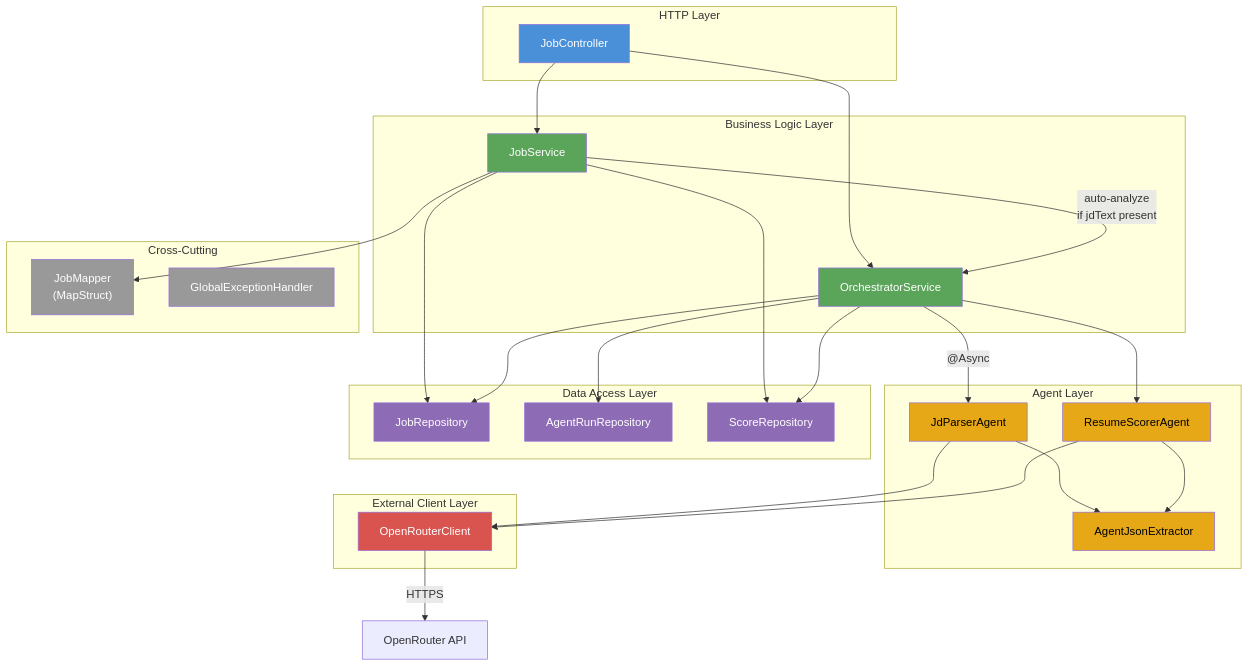
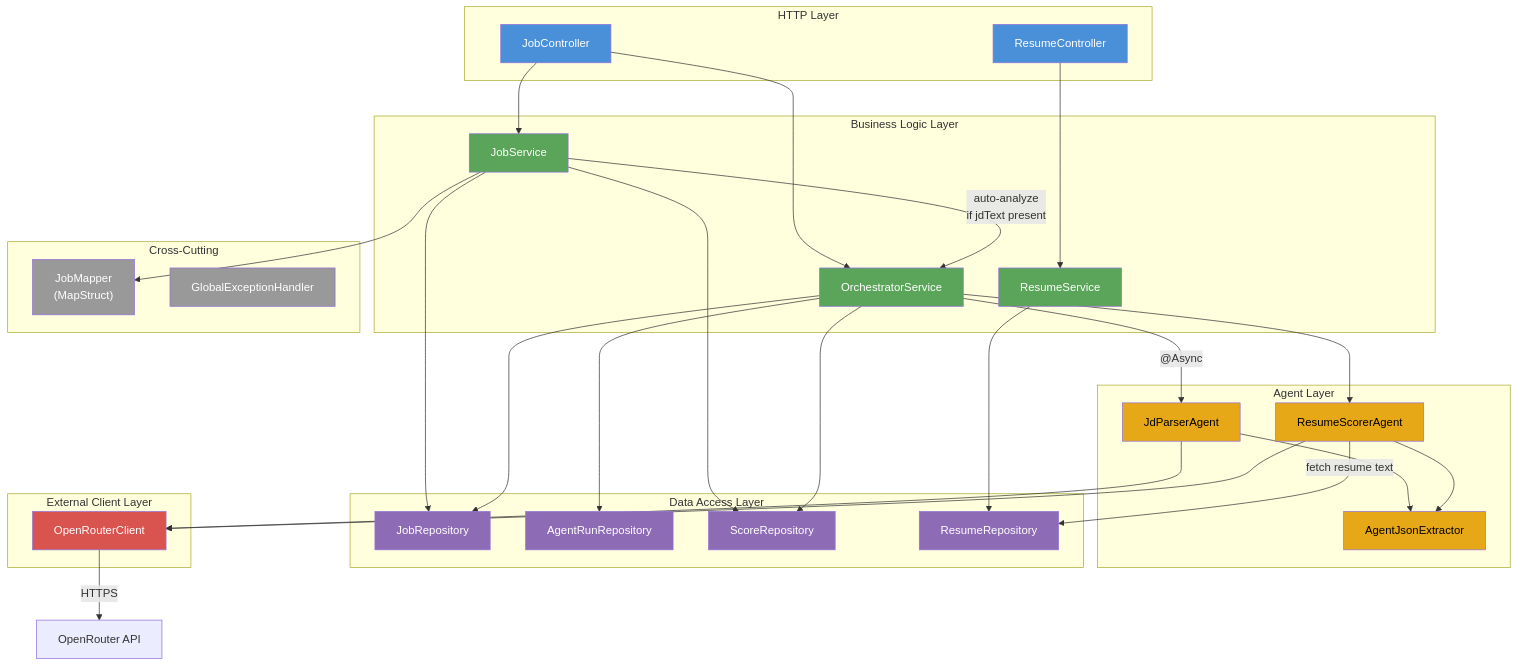
Before and after one commit to sharmavipin1608/JobsApplicationTracker: the third of 5 diagrams in architecture.md, drawn with Mermaid. The commit also changed other lines of this file and 6 other files, not shown here.

````diff
--- a/architecture.md
+++ b/architecture.md
@@ -226,62 +270,71 @@
 ```mermaid
 graph TB
     subgraph "HTTP Layer"
         JC["JobController"]
+        RC["ResumeController"]
     end
 
     subgraph "Business Logic Layer"
         JS["JobService"]
+        RS["ResumeService"]
         OS["OrchestratorService"]
     end
 
     subgraph "Agent Layer"
         JPA["JdParserAgent"]
         RSA["ResumeScorerAgent"]
         AJE["AgentJsonExtractor"]
     end
 
     subgraph "Data Access Layer"
         JR["JobRepository"]
         ARR["AgentRunRepository"]
         SR["ScoreRepository"]
+        RR["ResumeRepository"]
     end
 
     subgraph "External Client Layer"
         ORC["OpenRouterClient"]
     end
 
     subgraph "Cross-Cutting"
         JM["JobMapper\n(MapStruct)"]
         GEH["GlobalExceptionHandler"]
     end
 
     JC --> JS
     JC --> OS
+    RC --> RS
     JS --> JR
     JS --> SR
     JS --> JM
     JS -->|"auto-analyze\nif jdText present"| OS
+    RS --> RR
     OS -->|"@Async"| JPA
     OS --> RSA
     OS --> ARR
     OS --> SR
     OS --> JR
+    RSA -->|"fetch resume text"| RR
     JPA --> ORC
     JPA --> AJE
     RSA --> ORC
     RSA --> AJE
     ORC -->|"HTTPS"| OR["OpenRouter API"]
 
     style JC fill:#4a90d9,color:#fff
+    style RC fill:#4a90d9,color:#fff
     style JS fill:#5ba55b,color:#fff
+    style RS fill:#5ba55b,color:#fff
     style OS fill:#5ba55b,color:#fff
     style JPA fill:#e6a817,color:#000
     style RSA fill:#e6a817,color:#000
     style AJE fill:#e6a817,color:#000
     style ORC fill:#d9534f,color:#fff
     style JR fill:#8e6bb5,color:#fff
     style ARR fill:#8e6bb5,color:#fff
     style SR fill:#8e6bb5,color:#fff
+    style RR fill:#8e6bb5,color:#fff
     style JM fill:#999,color:#fff
     style GEH fill:#999,color:#fff
 ```
````
